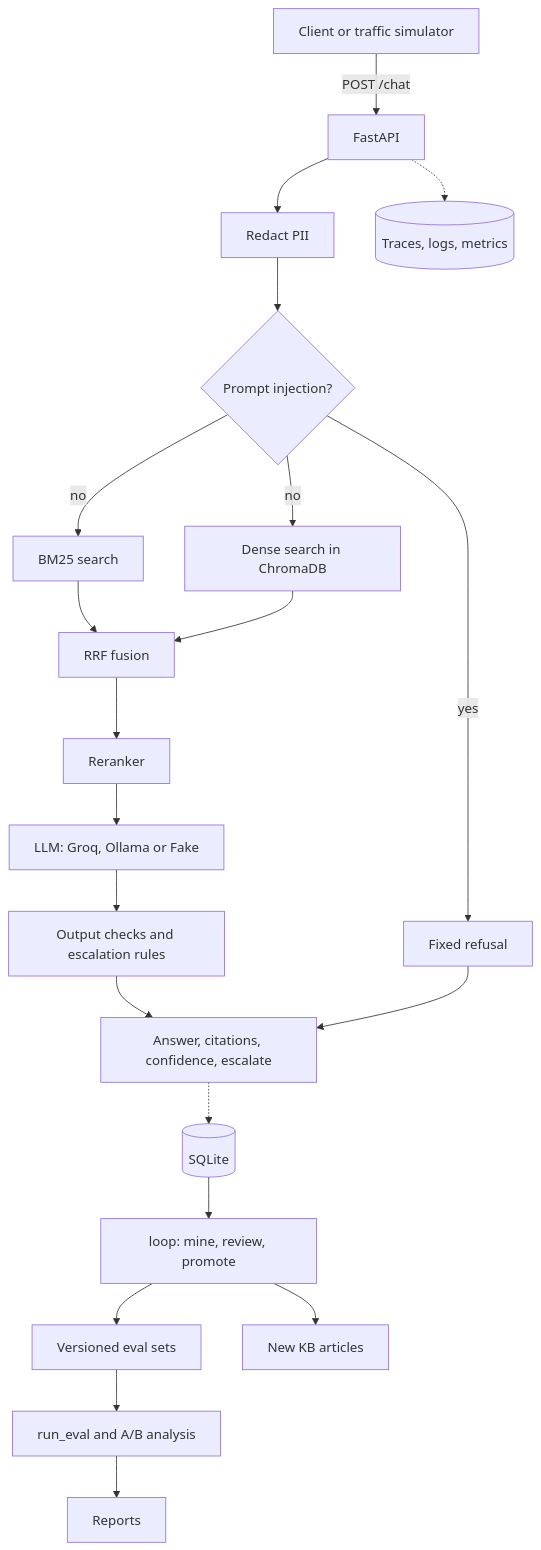
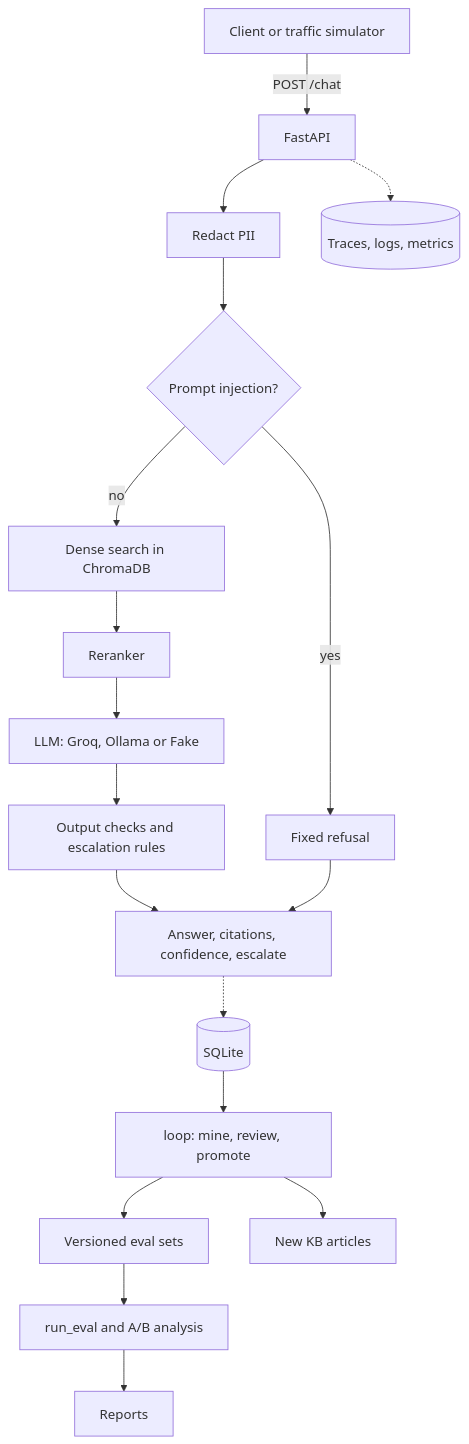
The diagram in DESIGN.md (alphindas/supportloop), drawn with Mermaid before and after one commit. The commit also changed other lines of this file and 2 other files, not shown here.

````diff
--- a/DESIGN.md
+++ b/DESIGN.md
@@ -28,23 +28,20 @@
 ```mermaid
 flowchart TD
     U[Client or traffic simulator] -->|POST /chat| API[FastAPI]
     API --> PII[Redact PII]
     PII --> INJ{Prompt injection?}
     INJ -->|yes| REF[Fixed refusal]
-    INJ -->|no| BM[BM25 search]
     INJ -->|no| DE[Dense search in ChromaDB]
-    BM --> RRF[RRF fusion]
-    DE --> RRF
-    RRF --> RR[Reranker]
+    DE --> RR[Reranker]
     RR --> LLM[LLM: Groq, Ollama or Fake]
     LLM --> CHK[Output checks and escalation rules]
     CHK --> OUT[Answer, citations, confidence, escalate]
     REF --> OUT
     API -.-> OBS[(Traces, logs, metrics)]
     OUT -.-> DB[(SQLite)]
     DB --> MINE[loop: mine, review, promote]
     MINE --> EV[Versioned eval sets]
     MINE --> KB[New KB articles]
     EV --> RUN[run_eval and A/B analysis]
     RUN --> REP[Reports]
 ```
````
